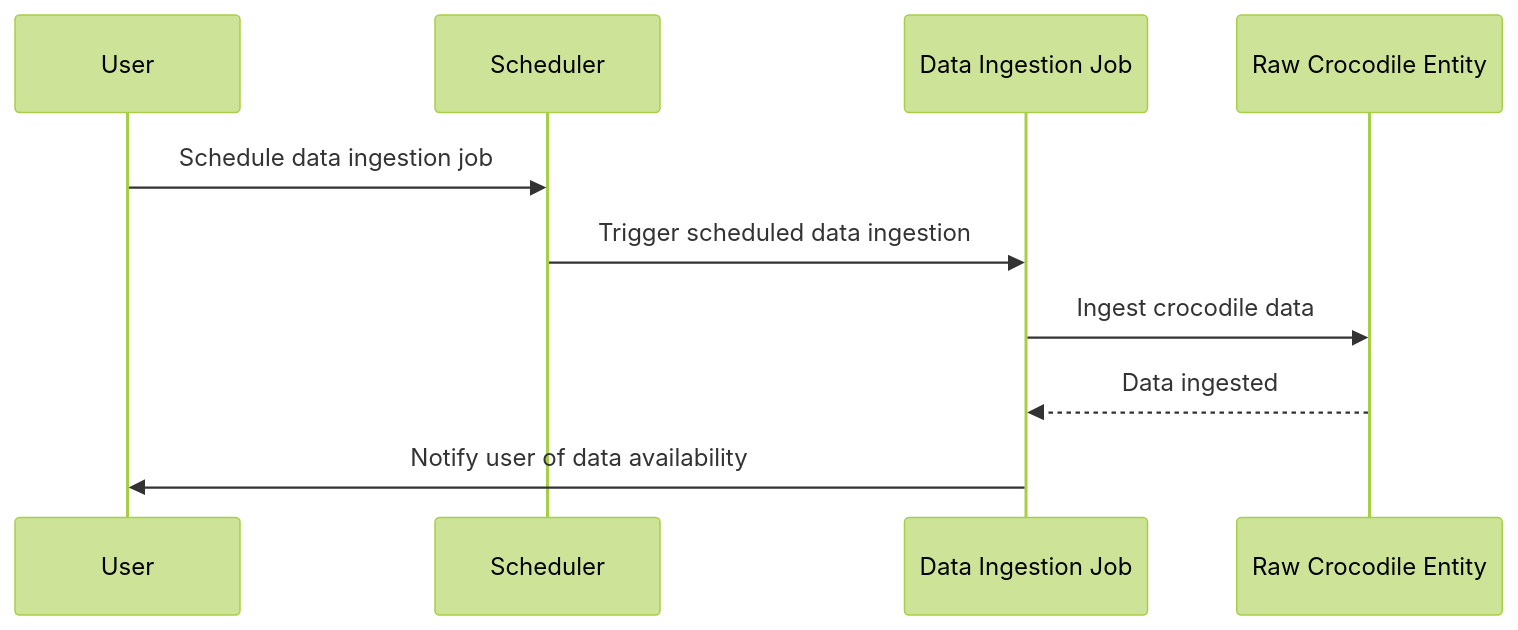
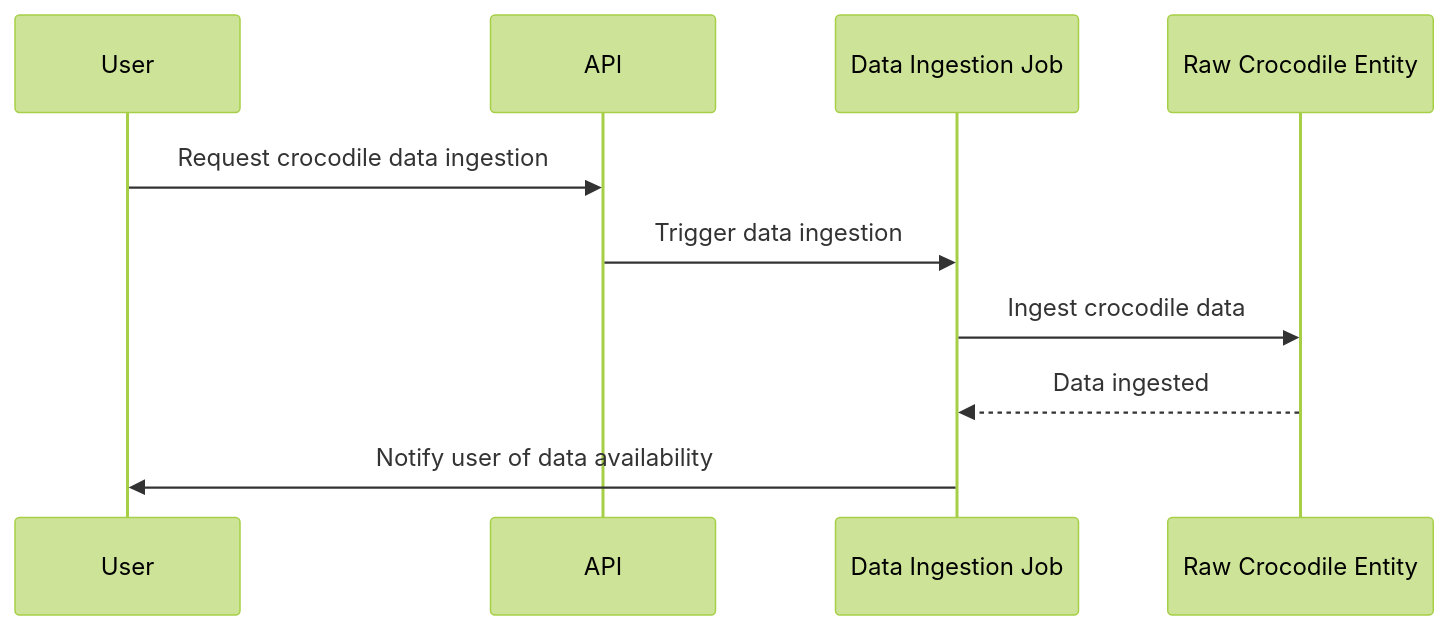
The second of 3 diagrams in entity/app_design_prd.md (Cyoda-platform/quart-client-template), drawn with Mermaid (forest theme) before and after one commit. The commit also changed other lines of this file, not shown here.

Commit message:
saved entity/app_design_prd.md: 0a6507ea-dfe1-11ef-a287-eac462a7cb9f

````diff
--- a/entity/app_design_prd.md
+++ b/entity/app_design_prd.md
@@ -52,13 +52,13 @@
 ```mermaid
 sequenceDiagram
     participant User
-    participant Scheduler
+    participant API
     participant Data Ingestion Job
     participant Raw Crocodile Entity
 
-    User->>Scheduler: Schedule data ingestion job
-    Scheduler->>Data Ingestion Job: Trigger scheduled data ingestion
+    User->>API: Request crocodile data ingestion
+    API->>Data Ingestion Job: Trigger data ingestion
     Data Ingestion Job->>Raw Crocodile Entity: Ingest crocodile data
     Raw Crocodile Entity-->>Data Ingestion Job: Data ingested
     Data Ingestion Job->>User: Notify user of data availability
 ```
````
